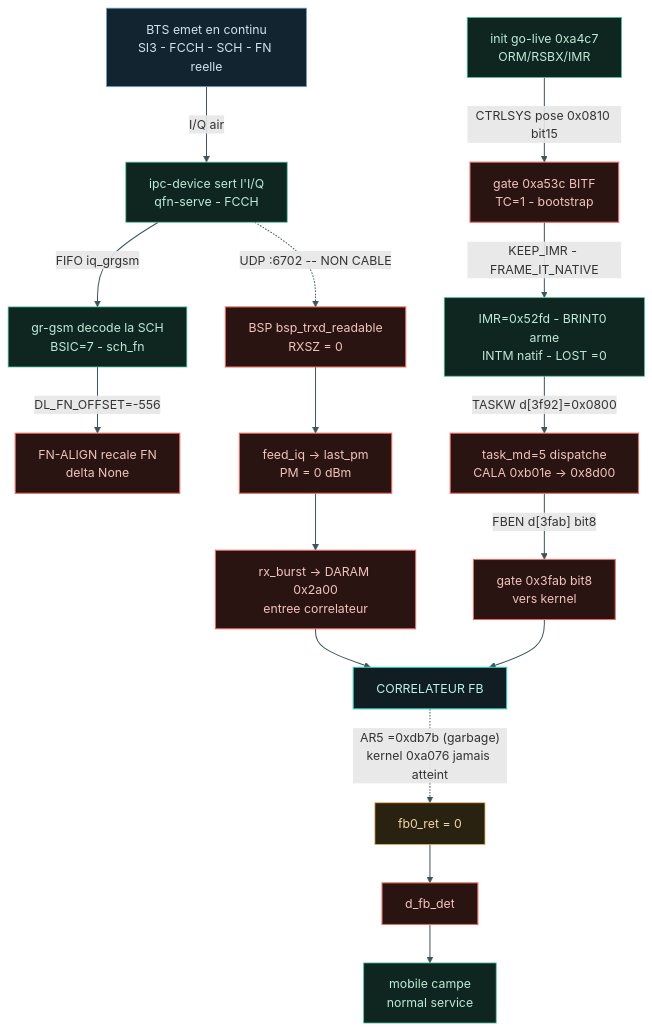
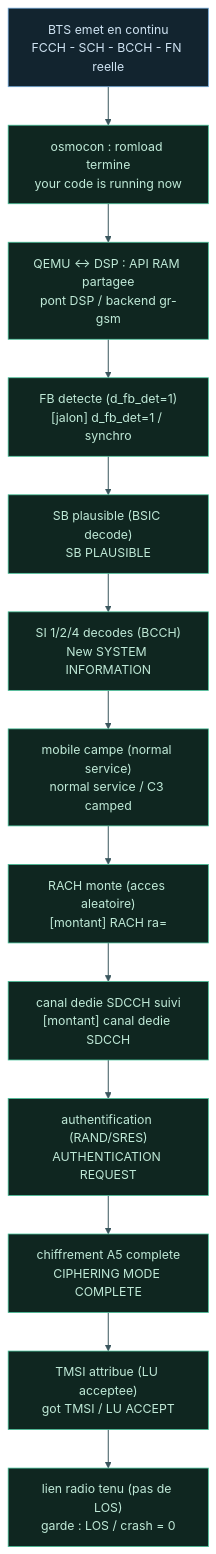
The diagram in pytest/couche1/grafcet.md (bbaranoff/tests), drawn with Mermaid before and after one commit. The commit also changed other lines of this file and 6 other files, not shown here.

````diff
--- a/pytest/couche1/grafcet.md
+++ b/pytest/couche1/grafcet.md
@@ -7,30 +8,23 @@
 ```mermaid
 flowchart TD
   classDef src  fill:#12242f,stroke:#6ea8d8,stroke-width:1px,color:#cfe3f2;
   classDef ok   fill:#0f2620,stroke:#46c39a,stroke-width:1px,color:#bfe9d7;
   classDef wip  fill:#2a2211,stroke:#e6a94e,stroke-width:1px,color:#f0d6a4;
   classDef bad  fill:#2a1412,stroke:#e86a5f,stroke-width:1.4px,color:#f2c3bd;
   classDef join fill:#101d22,stroke:#38d3c2,stroke-width:1.4px,color:#bff0ea;
 
-  E0["BTS emet en continu<br/>SI3 - FCCH - SCH - FN reelle"]:::src
-  E0 -->|I/Q air| P1["ipc-device sert l'I/Q<br/>qfn-serve - FCCH"]:::ok
-  P1 -->|FIFO iq_grgsm| G1["gr-gsm decode la SCH<br/>BSIC=7 - sch_fn"]:::ok
-  G1 -->|"DL_FN_OFFSET=-556"| F1["FN-ALIGN recale FN<br/>delta None"]:::bad
-  P1 -. "UDP :6702 -- NON CABLE" .-> B1["BSP bsp_trxd_readable<br/>RXSZ = 0"]:::bad
-  B1 --> B2["feed_iq -> last_pm<br/>PM = 0 dBm"]:::bad
-  B2 --> B3["rx_burst -> DARAM 0x2a00<br/>entree correlateur"]:::bad
-
-  A0["init go-live 0xa4c7<br/>ORM/RSBX/IMR"]:::ok
-  A0 -->|"CTRLSYS pose 0x0810 bit15"| A1["gate 0xa53c BITF<br/>TC=1 - bootstrap"]:::bad
-  A1 -->|"KEEP_IMR - FRAME_IT_NATIVE"| A2["IMR=0x52fd - BRINT0 arme<br/>INTM natif - LOST =0"]:::ok
-  A2 -->|"TASKW d[3f92]=0x0800"| A3["task_md=5 dispatche<br/>CALA 0xb01e -> 0x8d00"]:::bad
-  A3 -->|"FBEN d[3fab] bit8"| A4["gate 0x3fab bit8<br/>vers kernel"]:::bad
-
-  B3 --> K["CORRELATEUR FB"]:::join
-  A4 --> K
-  K -. "AR5 =0xdb7b (garbage)<br/>kernel 0xa076 jamais atteint" .-> KB["fb0_ret = 0"]:::wip
-  KB --> D["d_fb_det"]:::bad
-  D --> Mn["mobile campe<br/>normal service"]:::ok
-
+  E0["BTS emet en continu<br/>FCCH - SCH - BCCH - FN reelle"]:::src
+  E0 --> ROM["osmocon : romload termine<br/>your code is running now"]:::ok
+  ROM --> API["QEMU <-> DSP : API RAM partagee<br/>pont DSP / backend gr-gsm"]:::ok
+  API --> FB["FB detecte (d_fb_det=1)<br/>[jalon] d_fb_det=1 / synchro"]:::ok
+  FB --> SB["SB plausible (BSIC decode)<br/>SB PLAUSIBLE"]:::ok
+  SB --> SI["SI 1/2/4 decodes (BCCH)<br/>New SYSTEM INFORMATION"]:::ok
+  SI --> CAMP["mobile campe (normal service)<br/>normal service / C3 camped"]:::ok
+  CAMP --> RACH["RACH monte (acces aleatoire)<br/>[montant] RACH ra="]:::ok
+  RACH --> SDCCH["canal dedie SDCCH suivi<br/>[montant] canal dedie SDCCH"]:::ok
+  SDCCH --> AUTH["authentification (RAND/SRES)<br/>AUTHENTICATION REQUEST"]:::ok
+  AUTH --> CIPH["chiffrement A5 complete<br/>CIPHERING MODE COMPLETE"]:::ok
+  CIPH --> TMSI["TMSI attribue (LU acceptee)<br/>got TMSI / LU ACCEPT"]:::ok
+  TMSI --> LINK["lien radio tenu (pas de LOS)<br/>garde : LOS / crash = 0"]:::ok
   linkStyle default stroke:#3a565d,stroke-width:1.3px;
 ```
````
